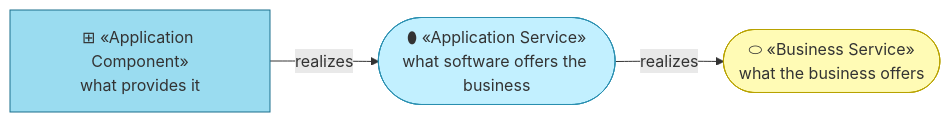
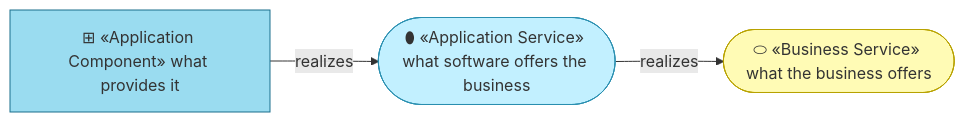
Before and after one commit to roanboc/architecture-archreator: the first of 2 diagrams in org-archreator/architecture/4_application/1_application-services.md, drawn with Mermaid. The commit also changed other lines of this file and 38 other files, not shown here.

````diff
--- a/org-archreator/architecture/4_application/1_application-services.md
+++ b/org-archreator/architecture/4_application/1_application-services.md
@@ -12,13 +12,13 @@
 ```mermaid
 flowchart LR
-  bsvc(["⬭ «Business Service»<br>what the business offers"]):::business
-  asvc(["⬮ «Application Service»<br>what software offers the business"]):::appservice
-  acmp["⊞ «Application Component»<br>what provides it"]:::component
+  bsvc(["⬭ «Business Service» what the business offers"]):::business
+  asvc(["⬮ «Application Service» what software offers the business"]):::appservice
+  acmp["⊞ «Application Component» what provides it"]:::component
 
   acmp -->|realizes| asvc
   asvc -->|realizes| bsvc
 
   classDef business fill:#fffbb5,stroke:#b8a200,color:#333
   classDef appservice fill:#c2f0ff,stroke:#2a8fb0,color:#333
   classDef component fill:#9adcf0,stroke:#1a6f8c,color:#333
 ```
````
